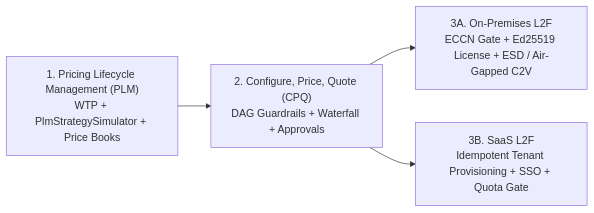
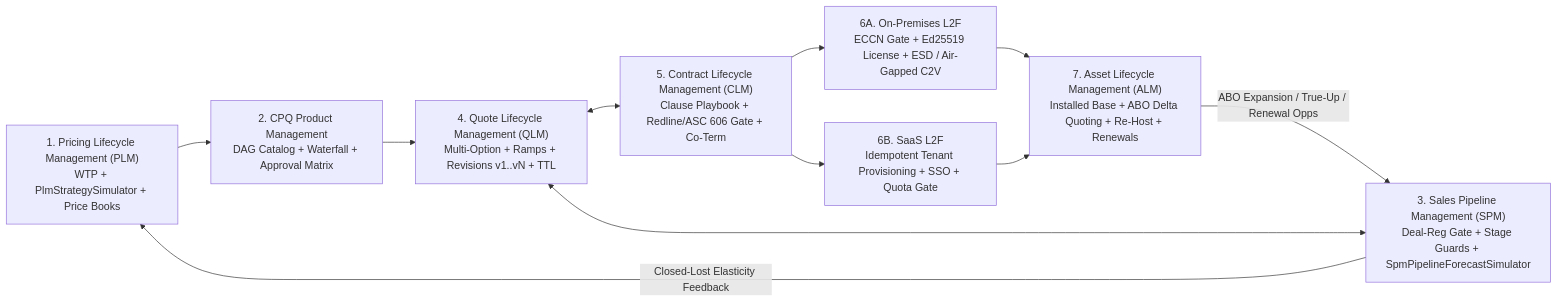
Before and after one commit to drgaciw/cmano-clone: the diagram in tests/uat/README.md, drawn with Mermaid. The commit also changed other lines of this file and 6 other files, not shown here.

Commit message:
docs(uat): add CLM, QLM, ALM, and SPM specifications for CPQ UAT/TDD suite

````diff
--- a/tests/uat/README.md
+++ b/tests/uat/README.md
@@ -16,6 +20,13 @@
 ```mermaid
 flowchart LR
-    PLM["1. Pricing Lifecycle Management (PLM)<br/>WTP + PlmStrategySimulator + Price Books"] --> CPQ["2. Configure, Price, Quote (CPQ)<br/>DAG Guardrails + Waterfall + Approvals"]
-    CPQ --> ONPREM["3A. On-Premises L2F<br/>ECCN Gate + Ed25519 License + ESD / Air-Gapped C2V"]
-    CPQ --> SAAS["3B. SaaS L2F<br/>Idempotent Tenant Provisioning + SSO + Quota Gate"]
+    PLM["1. Pricing Lifecycle Management (PLM)<br/>WTP + PlmStrategySimulator + Price Books"] --> CPQ["2. CPQ Product Management<br/>DAG Catalog + Waterfall + Approval Matrix"]
+    SPM["3. Sales Pipeline Management (SPM)<br/>Deal-Reg Gate + Stage Guards + SpmPipelineForecastSimulator"] <--> QLM["4. Quote Lifecycle Management (QLM)<br/>Multi-Option + Ramps + Revisions v1..vN + TTL"]
+    CPQ --> QLM
+    QLM <--> CLM["5. Contract Lifecycle Management (CLM)<br/>Clause Playbook + Redline/ASC 606 Gate + Co-Term"]
+    CLM --> ONPREM["6A. On-Premises L2F<br/>ECCN Gate + Ed25519 License + ESD / Air-Gapped C2V"]
+    CLM --> SAAS["6B. SaaS L2F<br/>Idempotent Tenant Provisioning + SSO + Quota Gate"]
+    ONPREM --> ALM["7. Asset Lifecycle Management (ALM)<br/>Installed Base + ABO Delta Quoting + Re-Host + Renewals"]
+    SAAS --> ALM
+    ALM -->|ABO Expansion / True-Up / Renewal Opps| SPM
+    SPM -->|Closed-Lost Elasticity Feedback| PLM
 ```
````
